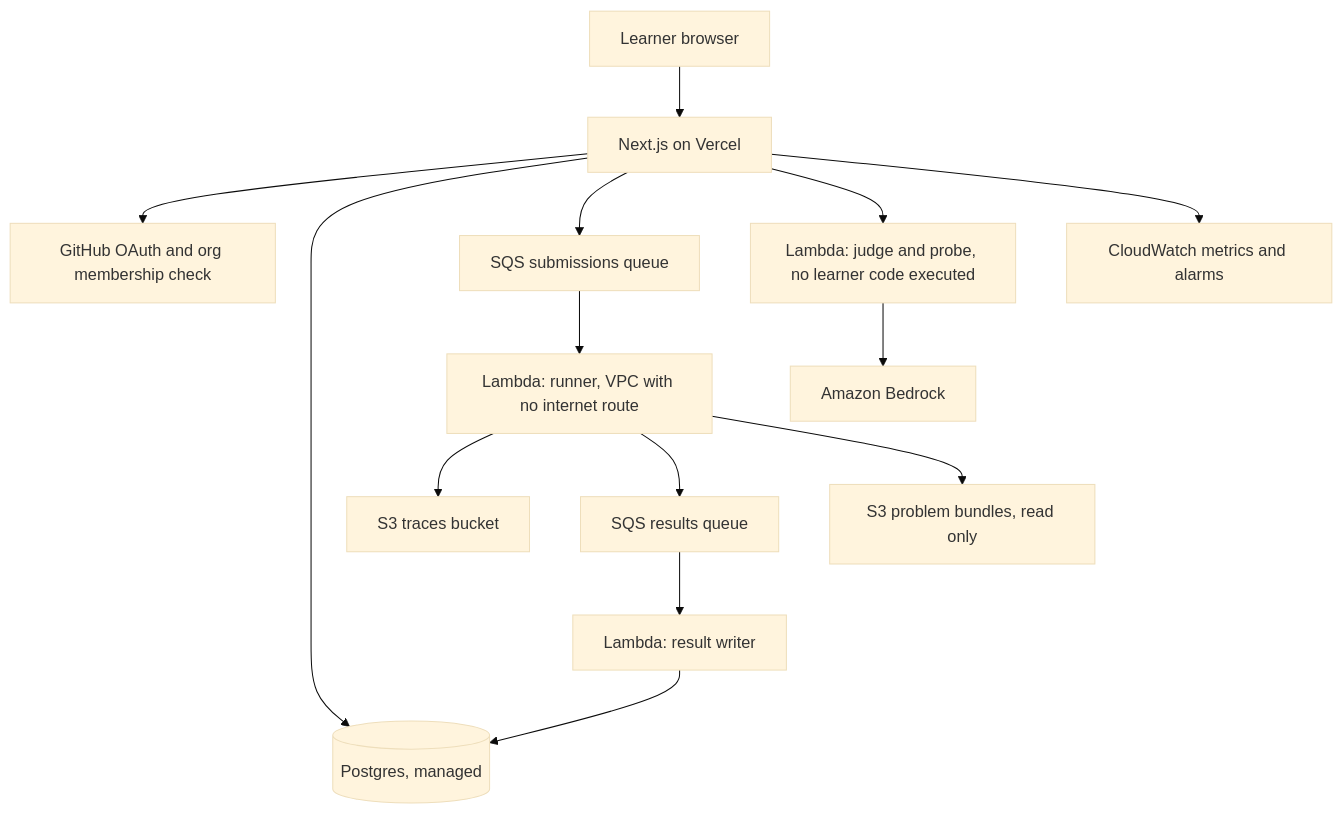
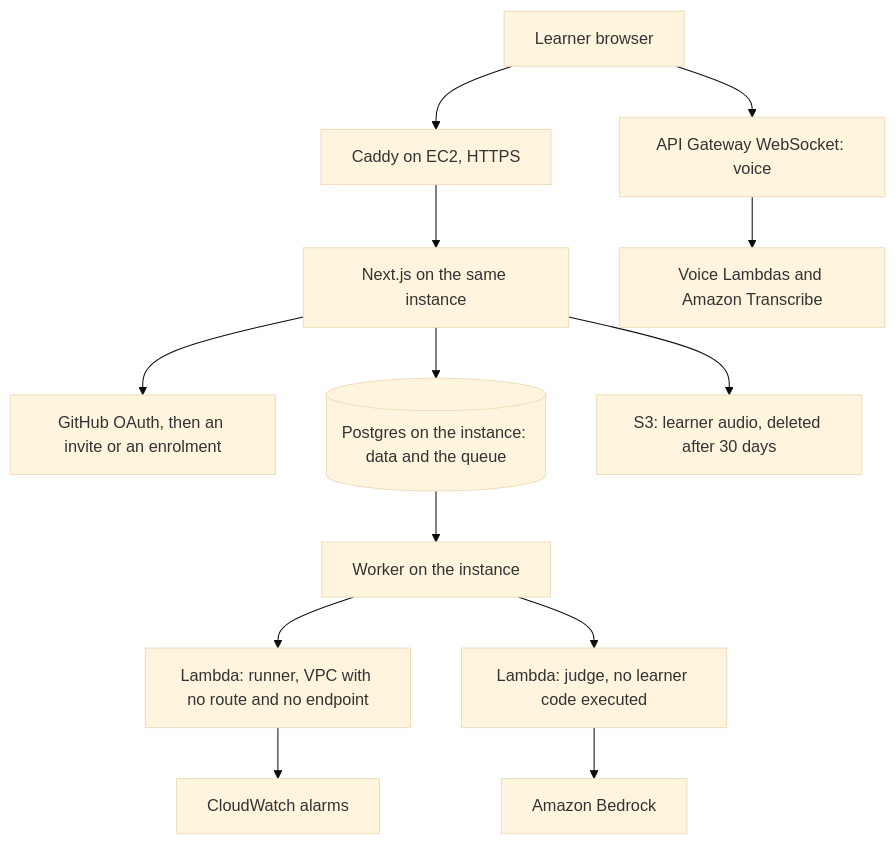
One commit to fde-academy-lab/fdeprep changed the diagram in docs/05-DEPLOY-AND-OPS.md. Above: the diagram before and after it, drawn with Mermaid (base theme). The commit also changed other lines of this file and 56 other files, not shown here.

First line of the commit message:
Beta on AWS: direct Lambda invoke, a deployable stack, invite-only sign-in, and a faster workspace (#40)

````diff
--- a/docs/05-DEPLOY-AND-OPS.md
+++ b/docs/05-DEPLOY-AND-OPS.md
@@ -9,16 +11,15 @@
 ```mermaid
 graph TD
-  L[Learner browser] --> V[Next.js on Vercel]
-  V --> G[GitHub OAuth and org membership check]
-  V --> P[(Postgres, managed)]
-  V --> Q[SQS submissions queue]
-  Q --> R[Lambda: runner, VPC with no internet route]
-  R --> S3T[S3 traces bucket]
-  R --> RQ[SQS results queue]
-  RQ --> W[Lambda: result writer]
-  W --> P
-  V --> J[Lambda: judge and probe, no learner code executed]
+  L[Learner browser] --> C[Caddy on EC2, HTTPS]
+  C --> V[Next.js on the same instance]
+  V --> G[GitHub OAuth, then an invite or an enrolment]
+  V --> P[(Postgres on the instance: data and the queue)]
+  P --> K[Worker on the instance]
+  K --> R[Lambda: runner, VPC with no route and no endpoint]
+  K --> J[Lambda: judge, no learner code executed]
   J --> B[Amazon Bedrock]
-  R --> S3P[S3 problem bundles, read only]
-  V --> CW[CloudWatch metrics and alarms]
+  V --> A[S3: learner audio, deleted after 30 days]
+  L --> WS[API Gateway WebSocket: voice]
+  WS --> T[Voice Lambdas and Amazon Transcribe]
+  R --> CW[CloudWatch alarms]
 ```
````
